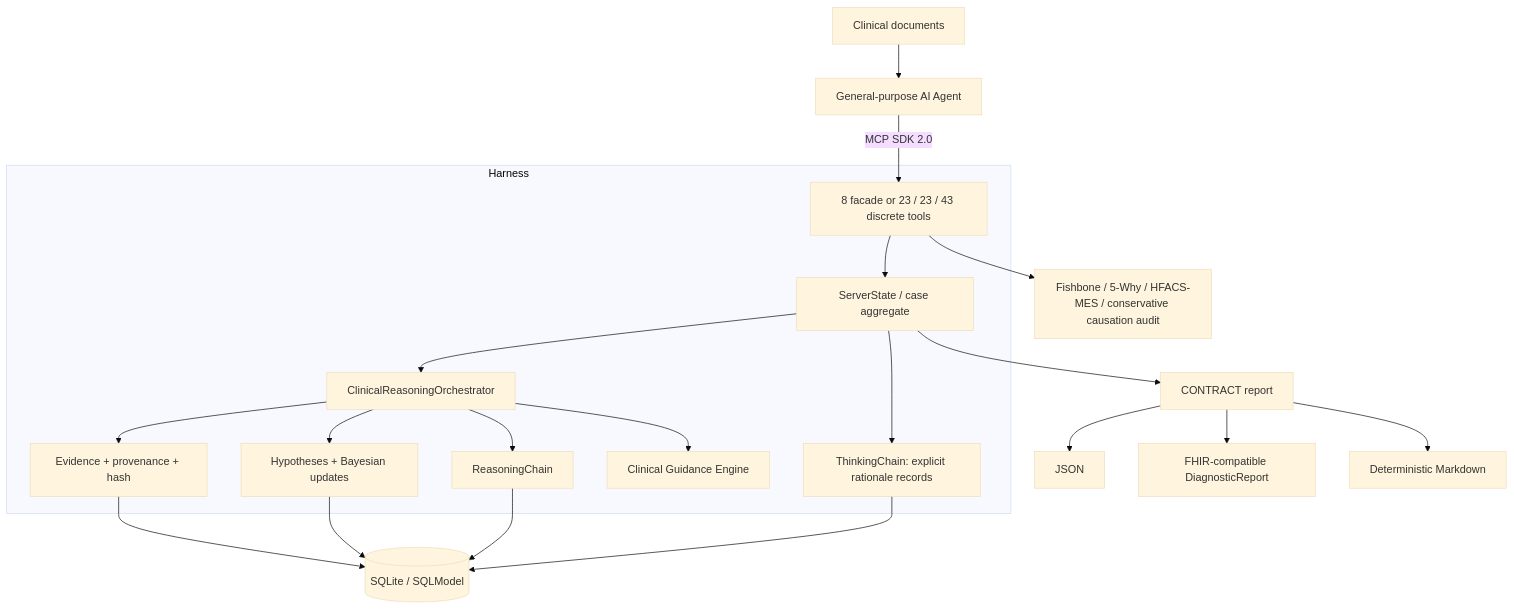
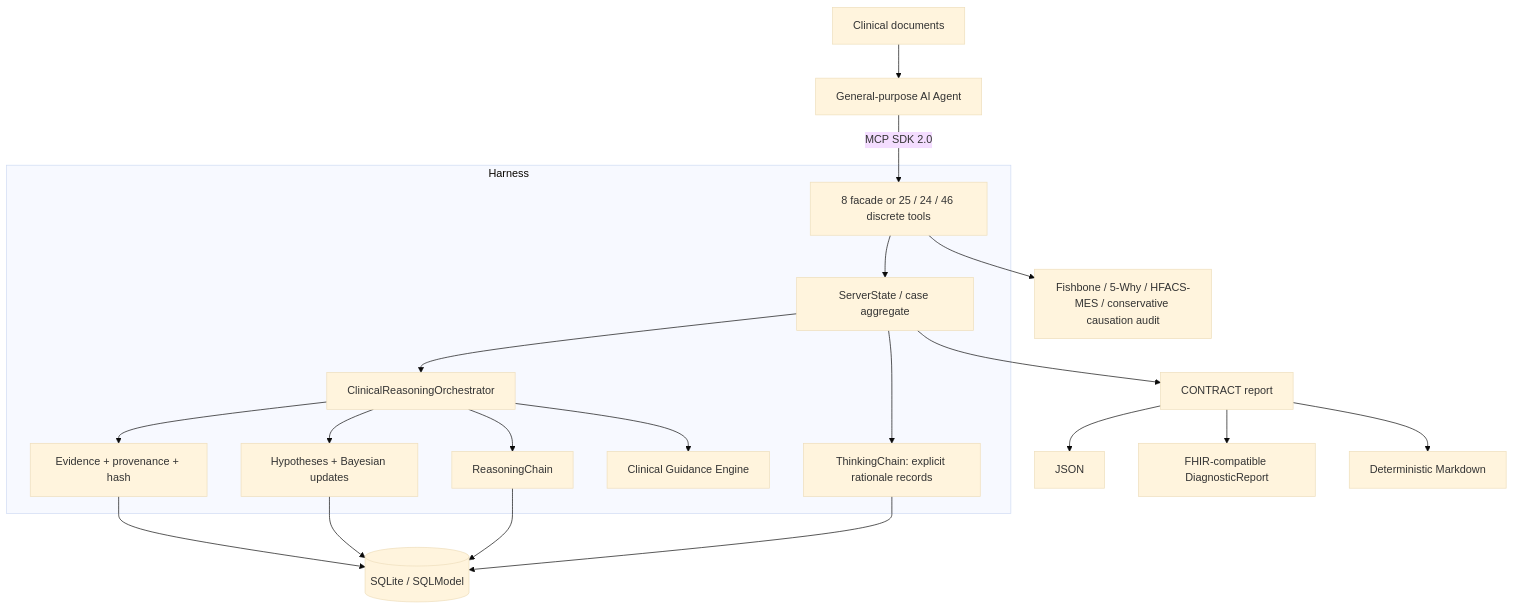
Before and after one commit to u9401066/rootcause-mcp: the diagram in README.md, drawn with Mermaid (base theme). The commit also changed other lines of this file and 23 other files, not shown here.

````diff
--- a/README.md
+++ b/README.md
@@ -126,27 +169,27 @@
 ```mermaid
 graph TB
-    A[General-purpose AI Agent] -->|MCP SDK 2.0| T[8 facade or 23 / 23 / 43 discrete tools]
+    A[General-purpose AI Agent] -->|MCP SDK 2.0| T[8 facade or 25 / 24 / 46 discrete tools]
     D[Clinical documents] --> A
 
     subgraph Harness
         T --> S[ServerState / case aggregate]
         S --> O[ClinicalReasoningOrchestrator]
         O --> E[Evidence + provenance + hash]
         O --> H[Hypotheses + Bayesian updates]
         O --> R[ReasoningChain]
         O --> G[Clinical Guidance Engine]
         S --> C[ThinkingChain: explicit rationale records]
     end
 
     E --> DB[(SQLite / SQLModel)]
     H --> DB
     R --> DB
     C --> DB
 
     S --> CR[CONTRACT report]
     CR --> J[JSON]
     CR --> F[FHIR-compatible DiagnosticReport]
     CR --> M[Deterministic Markdown]
 
     T --> RCA[Fishbone / 5-Why / HFACS-MES / conservative causation audit]
 ```
````
